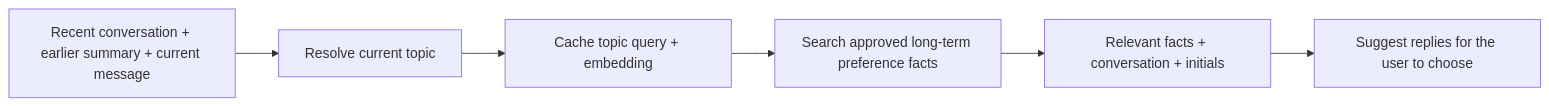
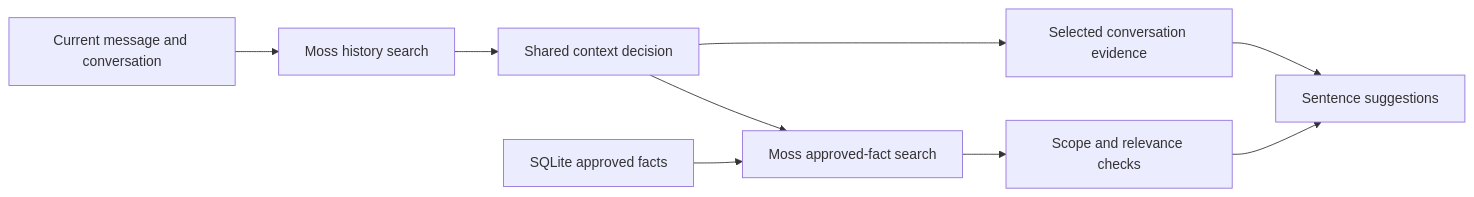
The diagram in docs/memory-presentation.md (Luke-Pitstick/SpeakEasy), drawn with Mermaid before and after one commit. The commit also changed other lines of this file and 43 other files, not shown here.

Commit message:
Use Moss for memory retrieval and conversation context

````diff
--- a/docs/memory-presentation.md
+++ b/docs/memory-presentation.md
@@ -19,8 +11,11 @@
 ```mermaid
 flowchart LR
-    A[Recent conversation + earlier summary + current message] --> B[Resolve current topic]
-    B --> C[Cache topic query + embedding]
-    C --> D[Search approved long-term preference facts]
-    D --> E[Relevant facts + conversation + initials]
-    E --> F[Suggest replies for the user to choose]
+  A[Current message and conversation] --> B[Moss history search]
+  B --> C[Shared context decision]
+  C --> D[Selected conversation evidence]
+  C --> E[Moss approved-fact search]
+  F[SQLite approved facts] --> E
+  E --> G[Scope and relevance checks]
+  D --> H[Sentence suggestions]
+  G --> H
 ```
````
